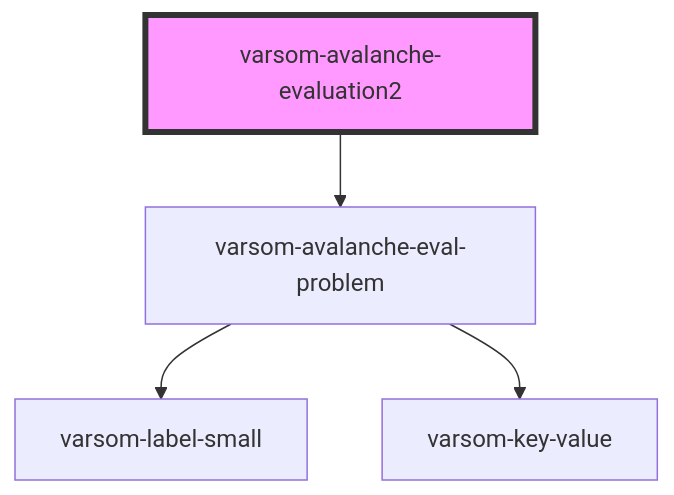
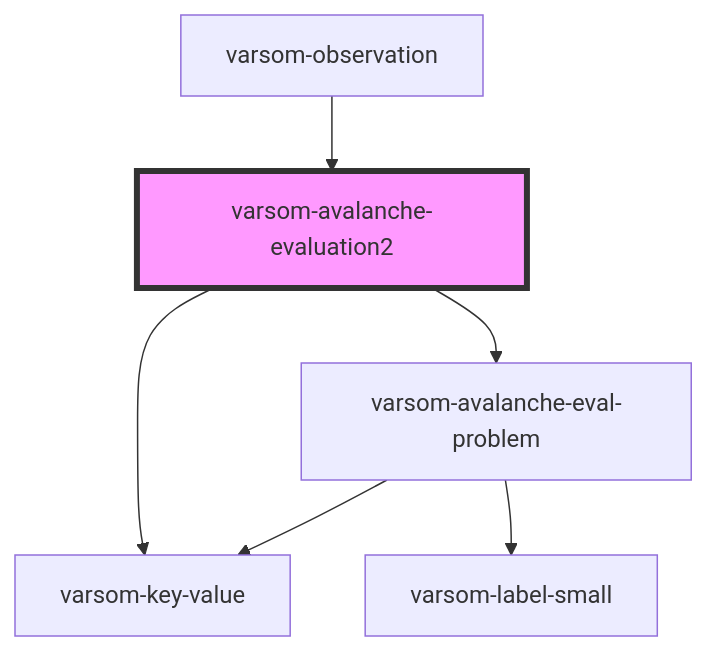
Before and after one commit to NVE/varsom-observation: the diagram in observasjonskort/src/components/varsom-avalanche-evaluation2/readme.md, drawn with Mermaid. The commit also changed other lines of this file and 5 other files, not shown here.

````diff
--- a/observasjonskort/src/components/varsom-avalanche-evaluation2/readme.md
+++ b/observasjonskort/src/components/varsom-avalanche-evaluation2/readme.md
@@ -34,7 +40,9 @@
 ```mermaid
 graph TD;
+  varsom-avalanche-evaluation2 --> varsom-key-value
   varsom-avalanche-evaluation2 --> varsom-avalanche-eval-problem
   varsom-avalanche-eval-problem --> varsom-label-small
   varsom-avalanche-eval-problem --> varsom-key-value
+  varsom-observation --> varsom-avalanche-evaluation2
   style varsom-avalanche-evaluation2 fill:#f9f,stroke:#333,stroke-width:4px
 ```
````
